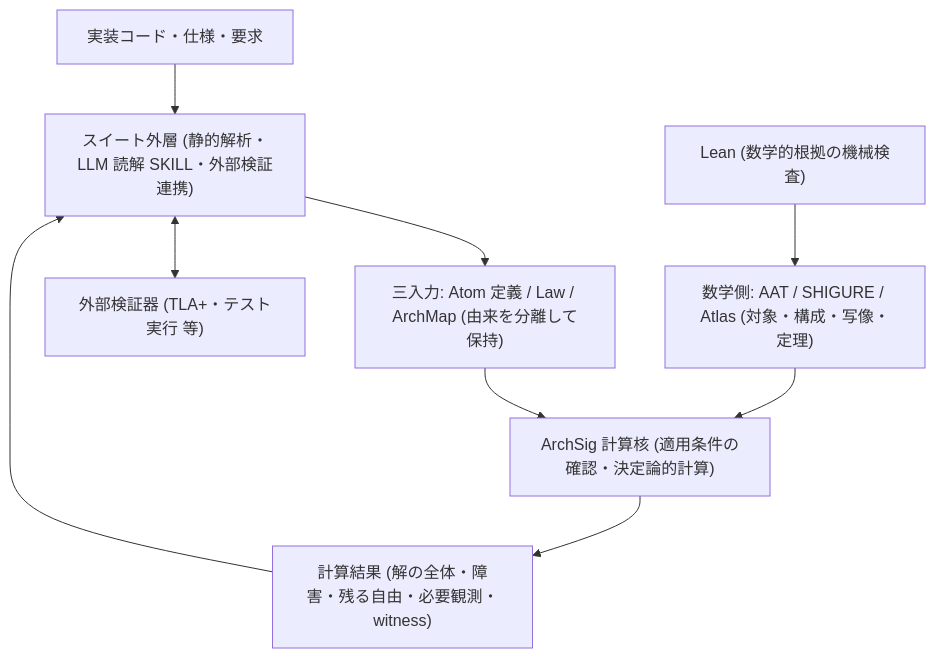
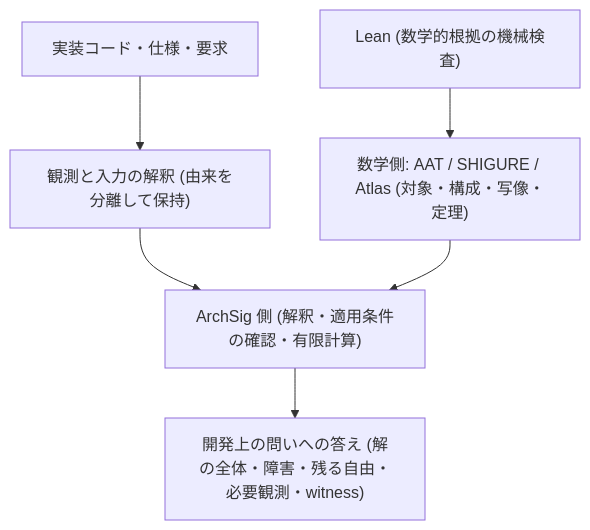
One commit to iroha1203/AlgebraicArchitectureTheoryV2 changed the first of 2 diagrams in docs/note/n1021_unified_tool_suite_rising_sea.md. Above: the diagram before and after it, drawn with Mermaid. The commit also changed other lines of this file, not shown here.

````diff
--- a/docs/note/n1021_unified_tool_suite_rising_sea.md
+++ b/docs/note/n1021_unified_tool_suite_rising_sea.md
@@ -59,11 +54,8 @@
 ```mermaid
 flowchart TB
-  Code["実装コード・仕様・要求"] --> Outer["スイート外層 (静的解析・LLM 読解 SKILL・外部検証連携)"]
-  Outer --> Triad["三入力: Atom 定義 / Law / ArchMap (由来を分離して保持)"]
-  Triad --> Core["ArchSig 計算核 (適用条件の確認・決定論的計算)"]
-  Math["数学側: AAT / SHIGURE / Atlas (対象・構成・写像・定理)"] --> Core
+  Code["実装コード・仕様・要求"] --> Obs["観測と入力の解釈 (由来を分離して保持)"]
+  Obs --> ArchSig["ArchSig 側 (解釈・適用条件の確認・有限計算)"]
+  Math["数学側: AAT / SHIGURE / Atlas (対象・構成・写像・定理)"] --> ArchSig
   Lean["Lean (数学的根拠の機械検査)"] --> Math
-  Core --> Out["計算結果 (解の全体・障害・残る自由・必要観測・witness)"]
-  Out --> Outer
-  Outer <--> Ext["外部検証器 (TLA+・テスト実行 等)"]
+  ArchSig --> Ans["開発上の問いへの答え (解の全体・障害・残る自由・必要観測・witness)"]
 ```
````
